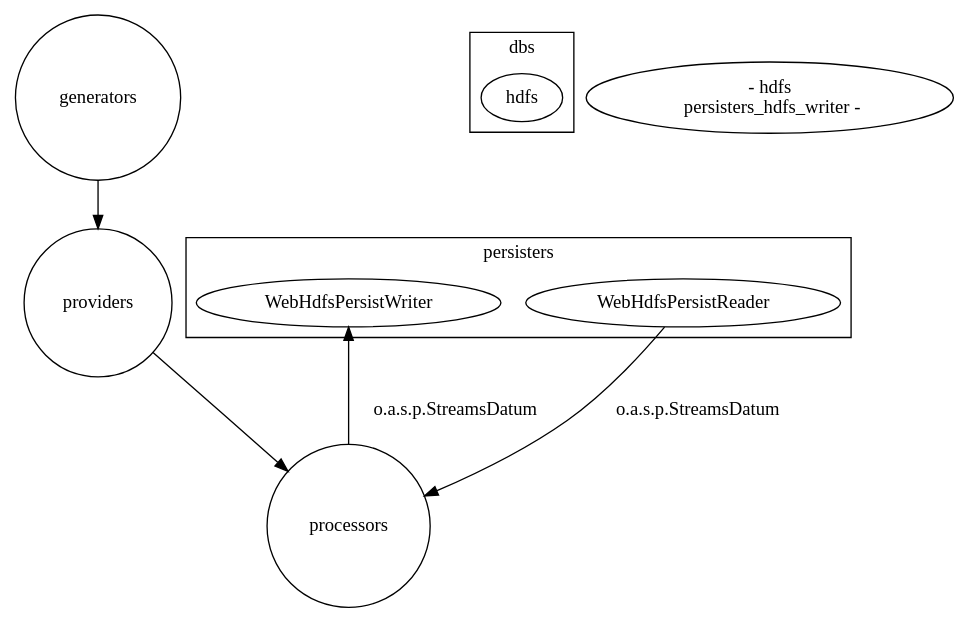
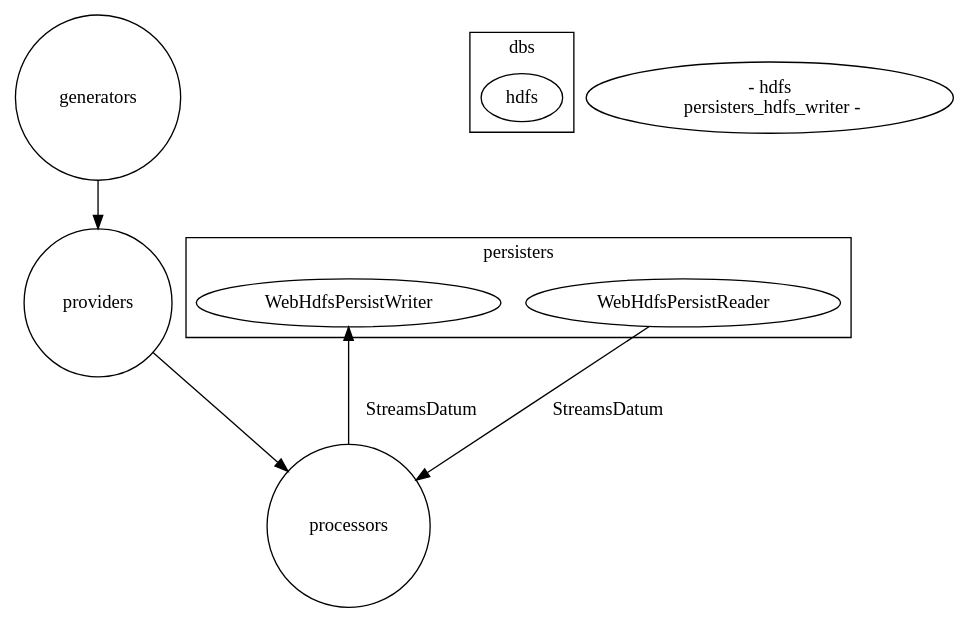
Before and after one commit to apache/streams: the diagram in streams-contrib/streams-persist-hdfs/src/main/resources/components.dot, drawn with Graphviz. The commit also changed 16 other files, not shown here.

Commit message:
add diagrams and improve index.html

```diff
--- a/streams-contrib/streams-persist-hdfs/src/main/resources/components.dot
+++ b/streams-contrib/streams-persist-hdfs/src/main/resources/components.dot
@@ -1,32 +1,32 @@
 digraph g {
 
   graph [compound = true];
 
   //presentation
   splines = true;
   overlap = false;
   rankdir = TB;
 
   generators [label="generators", shape="circle"];
   providers [label="providers", shape="circle"];
   processors [label="processors", shape="circle"];
 
   subgraph cluster_persisters {
     label="persisters";
     persisters_hdfs_reader [label="WebHdfsPersistReader"]
     persisters_hdfs_writer [label="WebHdfsPersistWriter"]
   }
 
   subgraph cluster_dbs {
     label="dbs";
     hdfs [label="hdfs"]
   }
 
   generators -> providers
   providers -> processors
-  processors -> persisters_hdfs_writer [label="o.a.s.p.StreamsDatum"]
-  persisters_hdfs_reader -> processors [label="o.a.s.p.StreamsDatum"]
+  processors -> persisters_hdfs_writer [label="StreamsDatum"]
+  persisters_hdfs_reader -> processors [label="StreamsDatum"]
   persisters_hdfs_reader <- hdfs
   persisters_hdfs_writer -> hdfs
 
 }
```
